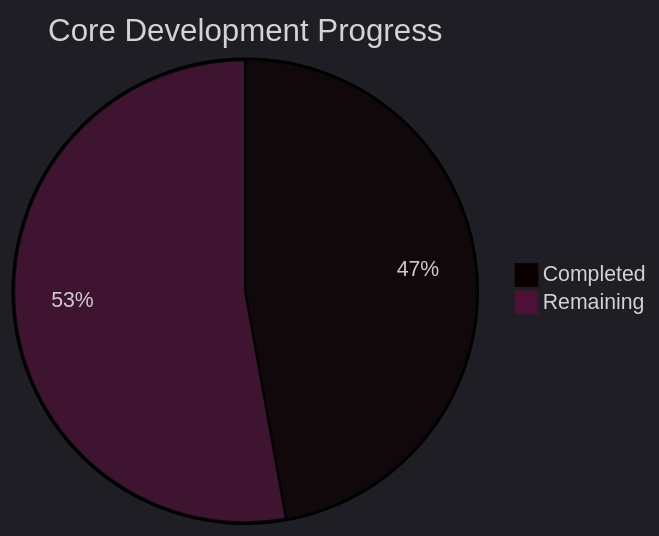
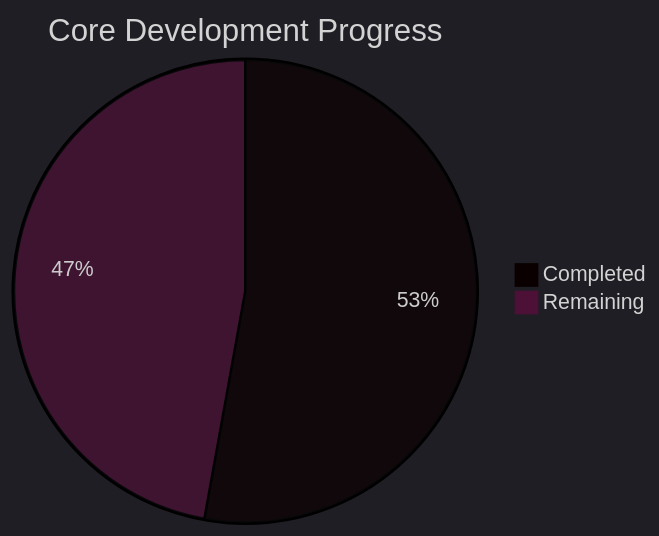
Before and after one commit to Neogleamz/SK8Lytz: the first of 5 diagrams in tools/SK8Lytz_Bucket_List.md, drawn with Mermaid. The commit also changed other lines of this file, not shown here.

````diff
--- a/tools/SK8Lytz_Bucket_List.md
+++ b/tools/SK8Lytz_Bucket_List.md
@@ -9,6 +9,6 @@
 ```mermaid
 %%{init: {'theme': 'dark'}}%%
 pie title Core Development Progress
-  "Completed" : 25
-  "Remaining" : 28
+  "Completed" : 28
+  "Remaining" : 25
 ```
````
